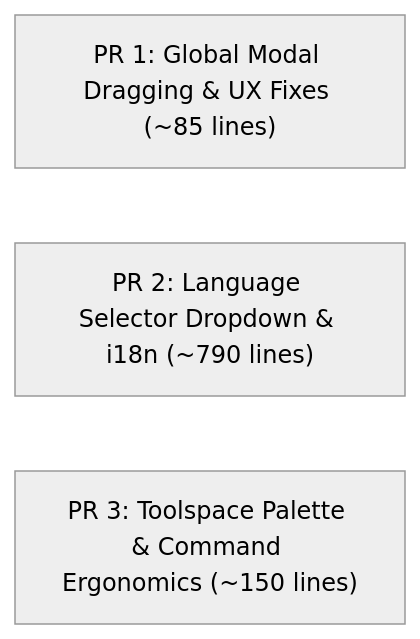
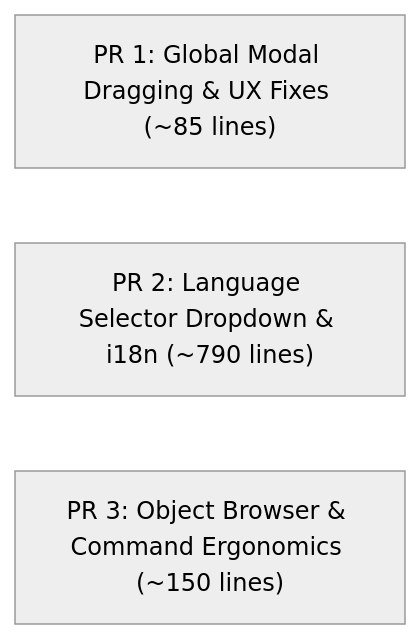
One commit to saadmooh/OpenCADStudio changed the diagram in Civil3D_Core_Modifications/ISSUE_CORE_ENHANCEMENTS.md. Above: the diagram before and after it, drawn with Mermaid (neutral theme). The commit also changed other lines of this file, not shown here.

````diff
--- a/Civil3D_Core_Modifications/ISSUE_CORE_ENHANCEMENTS.md
+++ b/Civil3D_Core_Modifications/ISSUE_CORE_ENHANCEMENTS.md
@@ -104,6 +103,6 @@
 ```mermaid
 flowchart LR
     PR1["PR 1: Global Modal Dragging & UX Fixes (~85 lines)"]
     PR2["PR 2: Language Selector Dropdown & i18n (~790 lines)"]
-    PR3["PR 3: Toolspace Palette & Command Ergonomics (~150 lines)"]
+    PR3["PR 3: Object Browser & Command Ergonomics (~150 lines)"]
 ```
````
